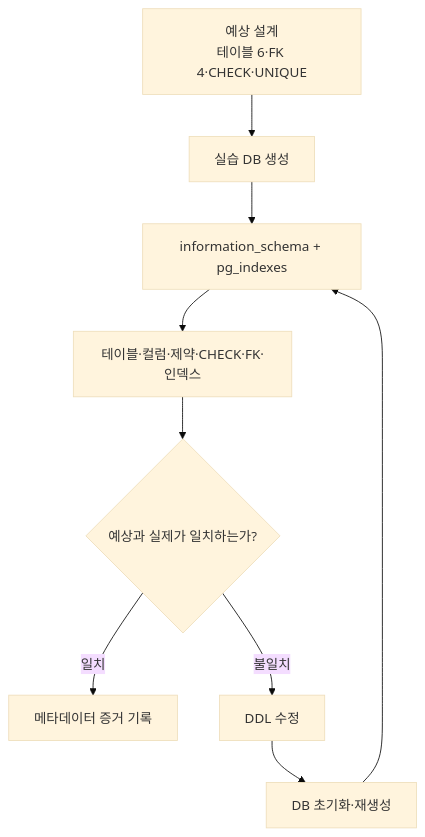
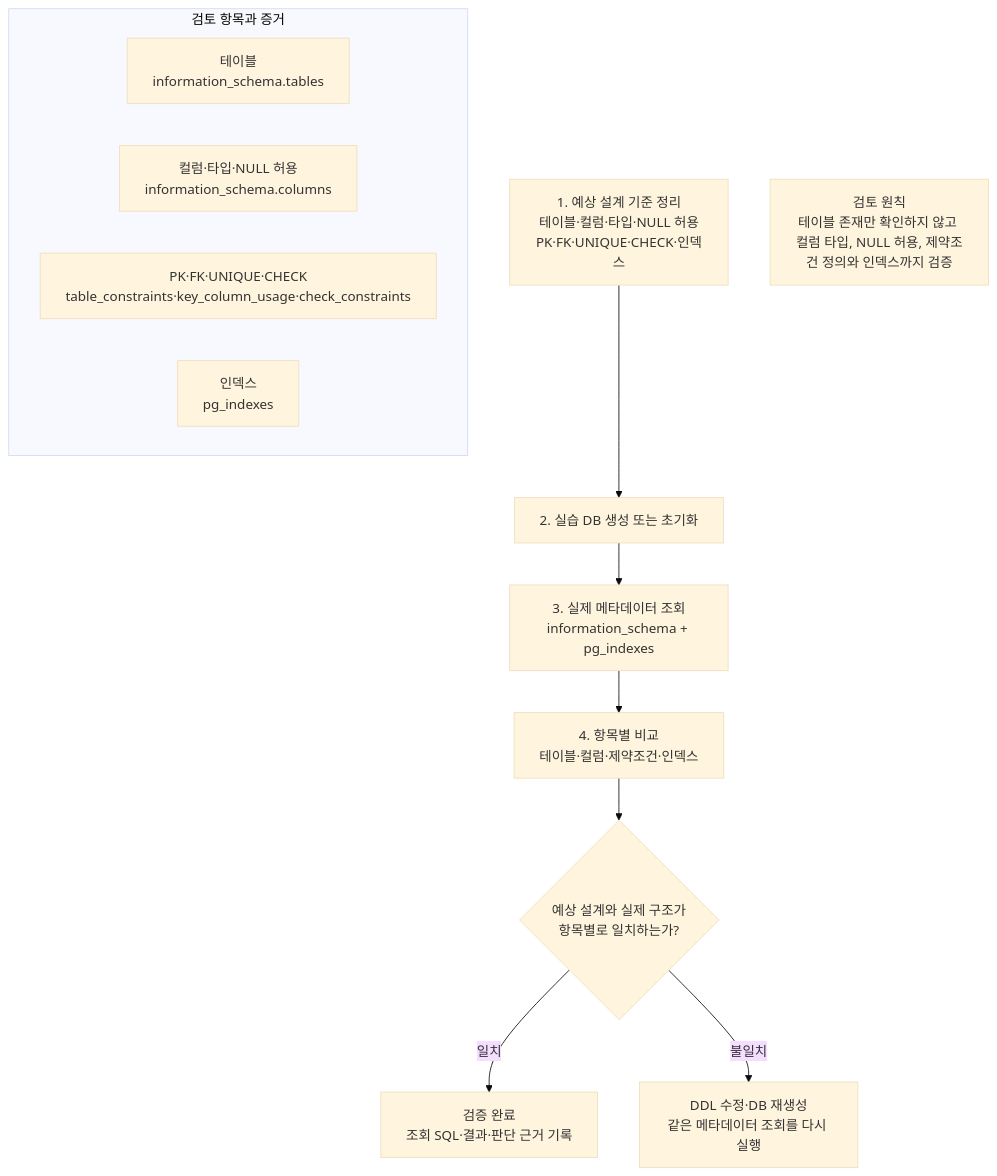
Before and after one commit to GilbertMoon/ai-database-book: the diagram in images/chapter13/ch13_07_information_schema_review.mmd, drawn with Mermaid (base theme).

Commit message:
Improve Chapter 13 information schema review diagram source

```diff
--- a/images/chapter13/ch13_07_information_schema_review.mmd
+++ b/images/chapter13/ch13_07_information_schema_review.mmd
@@ -1,9 +1,18 @@
 flowchart TB
-    A[예상 설계<br/>테이블 6·FK 4·CHECK·UNIQUE] --> B[실습 DB 생성]
-    B --> C[information_schema + pg_indexes]
-    C --> D[테이블·컬럼·제약·CHECK·FK·인덱스]
-    D --> E{예상과 실제가 일치하는가?}
-    E -- 일치 --> F[메타데이터 증거 기록]
-    E -- 불일치 --> G[DDL 수정]
-    G --> H[DB 초기화·재생성]
-    H --> C
+    A["1. 예상 설계 기준 정리<br/>테이블·컬럼·타입·NULL 허용<br/>PK·FK·UNIQUE·CHECK·인덱스"] --> B["2. 실습 DB 생성 또는 초기화"]
+    B --> C["3. 실제 메타데이터 조회<br/>information_schema + pg_indexes"]
+    C --> D["4. 항목별 비교<br/>테이블·컬럼·제약조건·인덱스"]
+
+    subgraph R[검토 항목과 증거]
+        direction LR
+        R1["테이블<br/>information_schema.tables"]
+        R2["컬럼·타입·NULL 허용<br/>information_schema.columns"]
+        R3["PK·FK·UNIQUE·CHECK<br/>table_constraints·key_column_usage·check_constraints"]
+        R4["인덱스<br/>pg_indexes"]
+    end
+
+    D --> E{"예상 설계와 실제 구조가<br/>항목별로 일치하는가?"}
+    E -- 일치 --> F["검증 완료<br/>조회 SQL·결과·판단 근거 기록"]
+    E -- 불일치 --> G["DDL 수정·DB 재생성<br/>같은 메타데이터 조회를 다시 실행"]
+
+    N["검토 원칙<br/>테이블 존재만 확인하지 않고 컬럼 타입, NULL 허용, 제약조건 정의와 인덱스까지 검증"]
```
